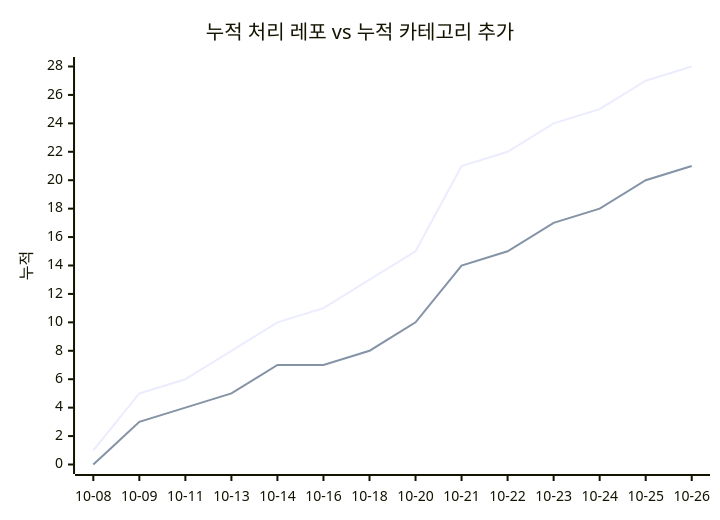
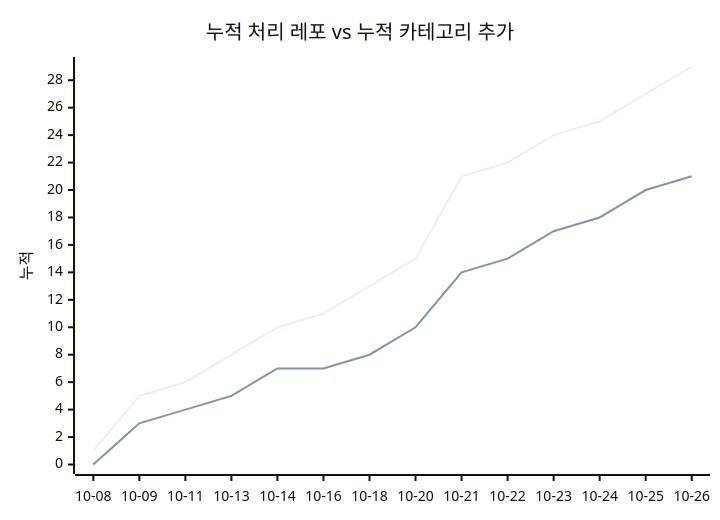
Before and after one commit to J-nowcow/awesome-korean-agent-skills: the second of 2 diagrams in docs/trends.md, drawn with Mermaid. The commit also changed other lines of this file and 2 other files, not shown here.

````diff
--- a/docs/trends.md
+++ b/docs/trends.md
@@ -68,8 +68,8 @@
 ```mermaid
 xychart-beta
     title "누적 처리 레포 vs 누적 카테고리 추가"
     x-axis ["10-08","10-09","10-11","10-13","10-14","10-16","10-18","10-20","10-21","10-22","10-23","10-24","10-25","10-26"]
     y-axis "누적"
-    line [1,5,6,8,10,11,13,15,21,22,24,25,27,28]
+    line [1,5,6,8,10,11,13,15,21,22,24,25,27,29]
     line [0,3,4,5,7,7,8,10,14,15,17,18,20,21]
 ```
````
